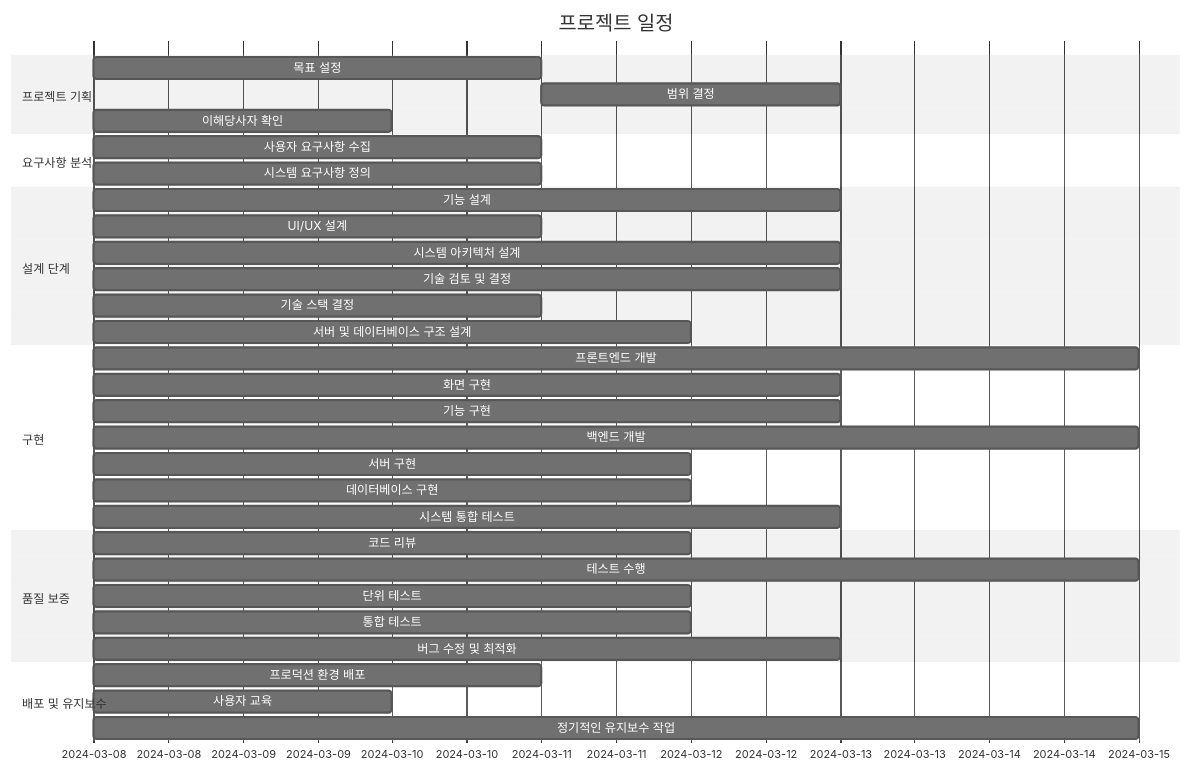
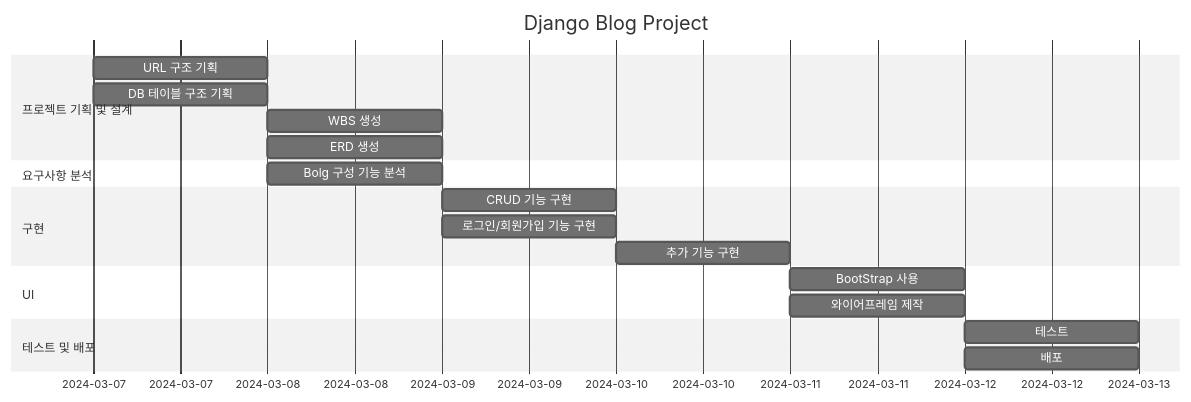
One commit to neysin/django_project changed the diagram in README.md. Above: the diagram before and after it, drawn with Mermaid (neutral theme).

Commit message:
WBS 추가

````diff
--- a/README.md
+++ b/README.md
@@ -5,42 +5,27 @@
 ```mermaid
 gantt
-    title 프로젝트 일정
+    title Django Blog Project
 
-    section 프로젝트 기획
-    목표 설정            :a1, 2024-03-08, 3d
-    범위 결정            :after a1  , 2d
-    이해당사자 확인      :after a2  , 2d
+    section 프로젝트 기획 및 설계
+    URL 구조 기획       : 2024-03-07, 1d
+    DB 테이블 구조 기획  : 2024-03-07, 1d
+    WBS 생성            :2024-03-08  , 1d
+    ERD 생성            : 2024-03-08, 1d
 
     section 요구사항 분석
-    사용자 요구사항 수집 :after a3  , 3d
-    시스템 요구사항 정의 :after a4  , 3d
+    Bolg 구성 기능 분석 :2024-03-08 , 1d
+    
+    section 구현
+    CRUD 기능 구현 : 2024-03-09 , 1d
+    로그인/회원가입 기능 구현 : 2024-03-09 , 1d
+    추가 기능 구현 :  2024-03-010 , 1d
 
-    section 설계 단계
-    기능 설계            :after a5  , 5d
-    UI/UX 설계           :after a6  , 3d
-    시스템 아키텍처 설계  :after a7  , 5d
-    기술 검토 및 결정     :after a8  , 5d
-    기술 스택 결정        :after a9  , 3d
-    서버 및 데이터베이스 구조 설계 :after a10 , 4d
+    section UI
+    BootStrap 사용 :  2024-03-11 , 1d
+    와이어프레임 제작 : :  2024-03-11 , 1d
 
-    section 구현
-    프론트엔드 개발      :after a11 , 7d
-    화면 구현            :after a12 , 5d
-    기능 구현            :after a13 , 5d
-    백엔드 개발          :after a14 , 7d
-    서버 구현            :after a15 , 4d
-    데이터베이스 구현    :after a16 , 4d
-    시스템 통합 테스트   :after a17 , 5d
 
-    section 품질 보증
-    코드 리뷰            :after a18 , 4d
-    테스트 수행          :after a19 , 7d
-    단위 테스트          :after a20 , 4d
-    통합 테스트          :after a21 , 4d
-    버그 수정 및 최적화 :after a22 , 5d
-
-    section 배포 및 유지보수
-    프로덕션 환경 배포   :after a23 , 3d
-    사용자 교육          :after a24 , 2d
-    정기적인 유지보수 작업 :after a25 , 7d
+    section 테스트 및 배포
+    테스트 : :  2024-03-12 , 1d
+    배포 : 2024-03-12 , 1d
 ```
````
